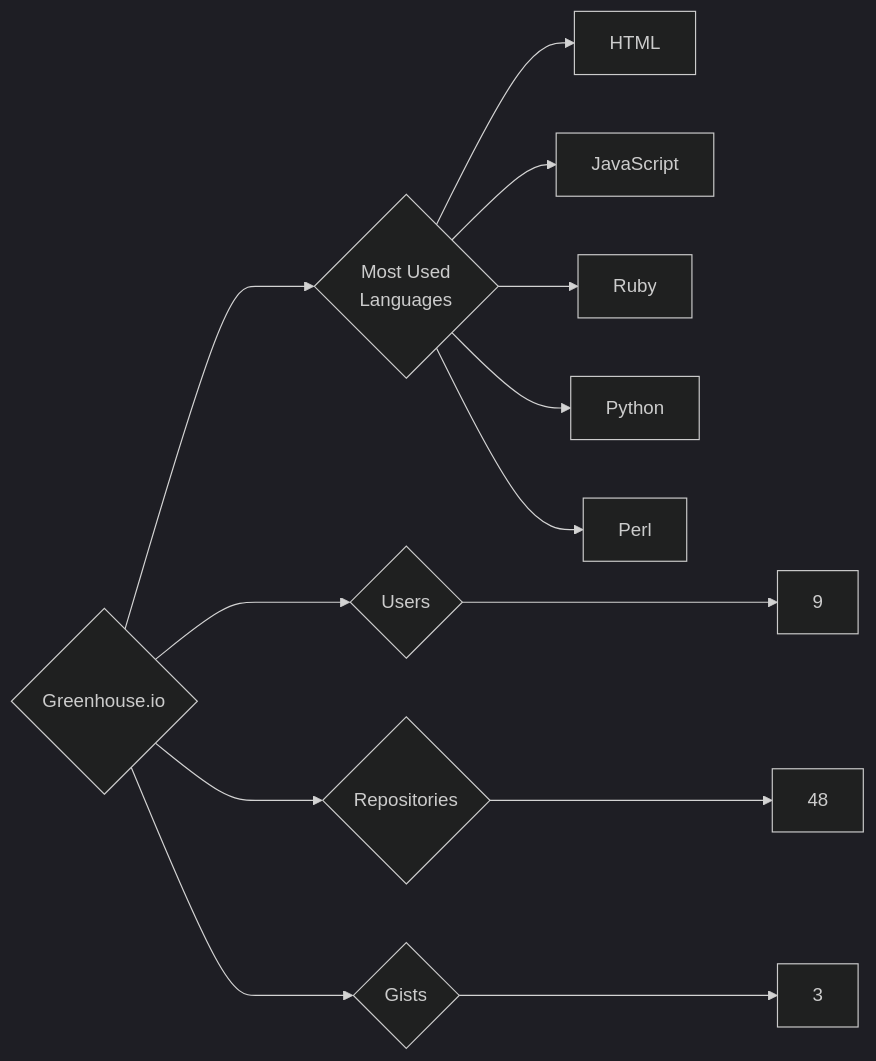
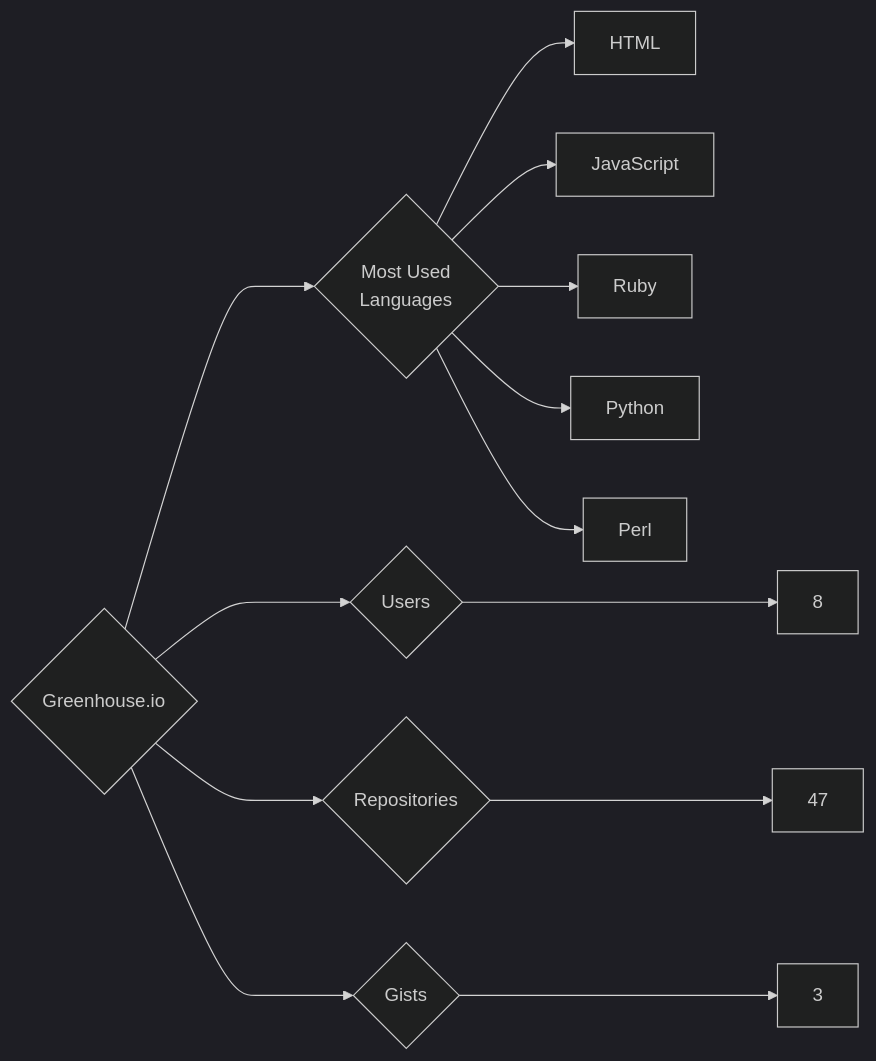
The diagram in targets/Greenhouse.io/README.md (trickest/insiders), drawn with Mermaid (dark theme) before and after one commit. The commit also changed 934 other files, not shown here.

````diff
--- a/targets/Greenhouse.io/README.md
+++ b/targets/Greenhouse.io/README.md
@@ -3,13 +3,13 @@
 ```mermaid
 graph LR
 COMPANY_NAME{Greenhouse.io}
-COMPANY_NAME ---> U{Users} ---> UN[9]
-COMPANY_NAME ---> R{Repositories} ---> RN[48]
+COMPANY_NAME ---> U{Users} ---> UN[8]
+COMPANY_NAME ---> R{Repositories} ---> RN[47]
 COMPANY_NAME ---> G{Gists} ---> GN[3]
 COMPANY_NAME ---> ML{Most Used<br>Languages}
 ML --> HTML[HTML]
 ML --> JavaScript[JavaScript]
 ML --> Ruby[Ruby]
 ML --> Python[Python]
 ML --> Perl[Perl]
 ```
````
